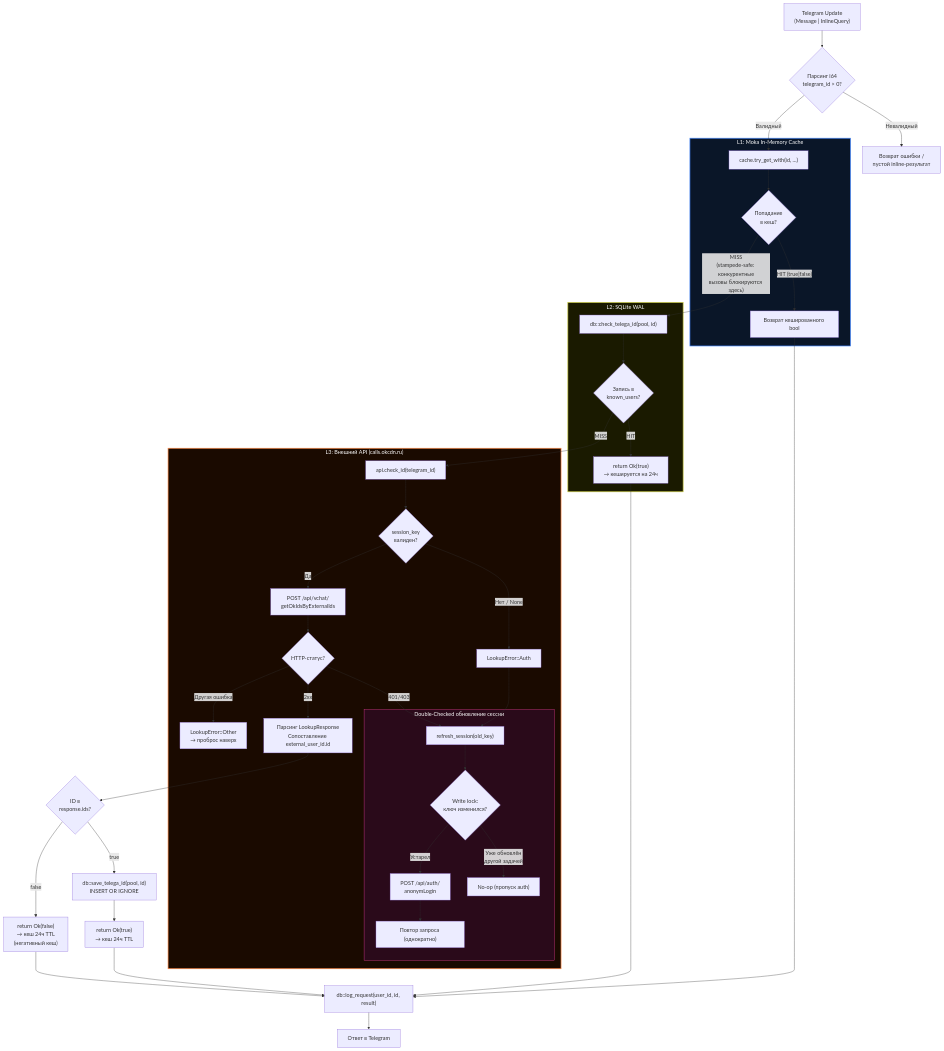
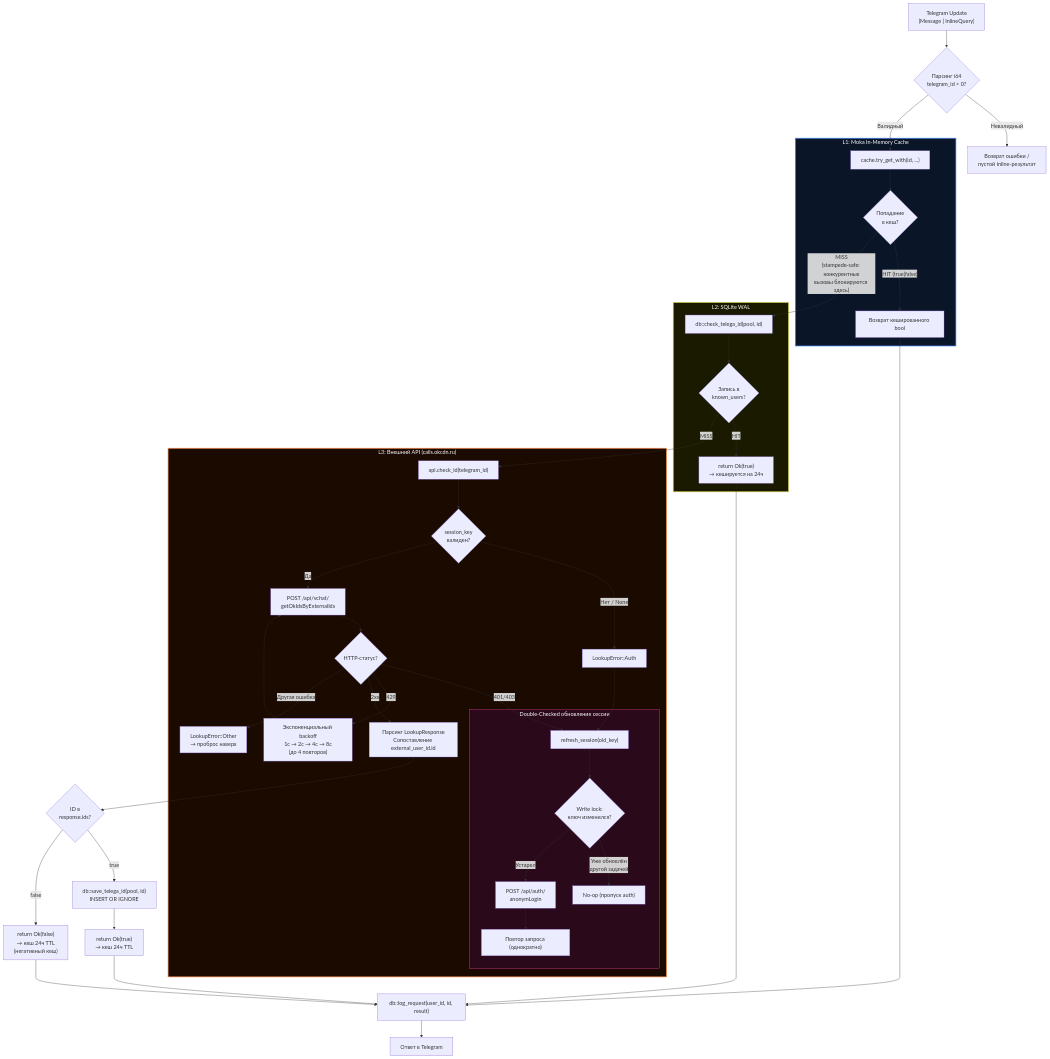
The second of 2 diagrams in docs/README_RU.md (Berektassuly/telega-checker-rs), drawn with Mermaid before and after one commit. The commit also changed other lines of this file and 6 other files, not shown here.

````diff
--- a/docs/README_RU.md
+++ b/docs/README_RU.md
@@ -258,59 +263,61 @@
 ```mermaid
 flowchart TD
     INPUT["Telegram Update<br/>(Message | InlineQuery)"] --> VALIDATE{"Парсинг i64<br/>telegram_id > 0?"}
     VALIDATE -- "Невалидный" --> REJECT["Возврат ошибки /<br/>пустой inline-результат"]
     VALIDATE -- "Валидный" --> L1
 
     subgraph CACHE_LAYER["L1: Moka In-Memory Cache"]
         L1["cache.try_get_with(id, ...)"]
         L1 --> L1_CHECK{"Попадание<br/>в кеш?"}
         L1_CHECK -- "HIT (true|false)" --> L1_RETURN["Возврат кешированного bool"]
     end
 
     L1_CHECK -- "MISS<br/>(stampede-safe: конкурентные<br/>вызовы блокируются здесь)" --> L2
 
     subgraph DB_LAYER["L2: SQLite WAL"]
         L2["db::check_telega_id(pool, id)"]
         L2 --> L2_CHECK{"Запись в<br/>known_users?"}
         L2_CHECK -- "HIT" --> L2_RETURN["return Ok(true)<br/>→ кешируется на 24ч"]
     end
 
     L2_CHECK -- "MISS" --> L3
 
     subgraph API_LAYER["L3: Внешний API (calls.okcdn.ru)"]
         L3["api.check_id(telegram_id)"]
         L3 --> AUTH_CHECK{"session_key<br/>валиден?"}
         AUTH_CHECK -- "Нет / None" --> AUTH_ERR["LookupError::Auth"]
         AUTH_CHECK -- "Да" --> API_CALL["POST /api/vchat/<br/>getOkIdsByExternalIds"]
         API_CALL --> API_STATUS{"HTTP-статус?"}
         API_STATUS -- "401/403" --> REFRESH
+        API_STATUS -- "429" --> BACKOFF["Экспоненциальный backoff<br/>1с → 2с → 4с → 8с<br/>(до 4 повторов)"]
+        BACKOFF --> API_CALL
         API_STATUS -- "2xx" --> PARSE["Парсинг LookupResponse<br/>Сопоставление external_user_id.id"]
         API_STATUS -- "Другая ошибка" --> PROPAGATE["LookupError::Other<br/>→ проброс наверх"]
 
         subgraph SESSION_REFRESH["Double-Checked обновление сессии"]
             REFRESH["refresh_session(old_key)"]
             REFRESH --> LOCK{"Write lock:<br/>ключ изменился?"}
             LOCK -- "Уже обновлён<br/>другой задачей" --> SKIP["No-op (пропуск auth)"]
             LOCK -- "Устарел" --> REAUTH["POST /api/auth/<br/>anonymLogin"]
             REAUTH --> RETRY["Повтор запроса (однократно)"]
         end
 
         AUTH_ERR --> REFRESH
     end
 
     PARSE --> FOUND{"ID в<br/>response.ids?"}
     FOUND -- "true" --> PERSIST["db::save_telega_id(pool, id)<br/>INSERT OR IGNORE"]
     PERSIST --> CACHE_TRUE["return Ok(true)<br/>→ кеш 24ч TTL"]
     FOUND -- "false" --> CACHE_FALSE["return Ok(false)<br/>→ кеш 24ч TTL<br/>(негативный кеш)"]
 
     CACHE_TRUE --> LOG_REQ["db::log_request(user_id, id, result)"]
     CACHE_FALSE --> LOG_REQ
     L1_RETURN --> LOG_REQ
     L2_RETURN --> LOG_REQ
     LOG_REQ --> RESPOND["Ответ в Telegram"]
 
     style CACHE_LAYER fill:#0a1628,stroke:#4488ff,stroke-width:2px,color:#ffffff
     style DB_LAYER fill:#1a1a00,stroke:#cccc44,stroke-width:2px,color:#ffffff
     style API_LAYER fill:#1a0a00,stroke:#ff8844,stroke-width:2px,color:#ffffff
     style SESSION_REFRESH fill:#2a0a1a,stroke:#ff44aa,stroke-width:1px,color:#ffffff
 ```
````
